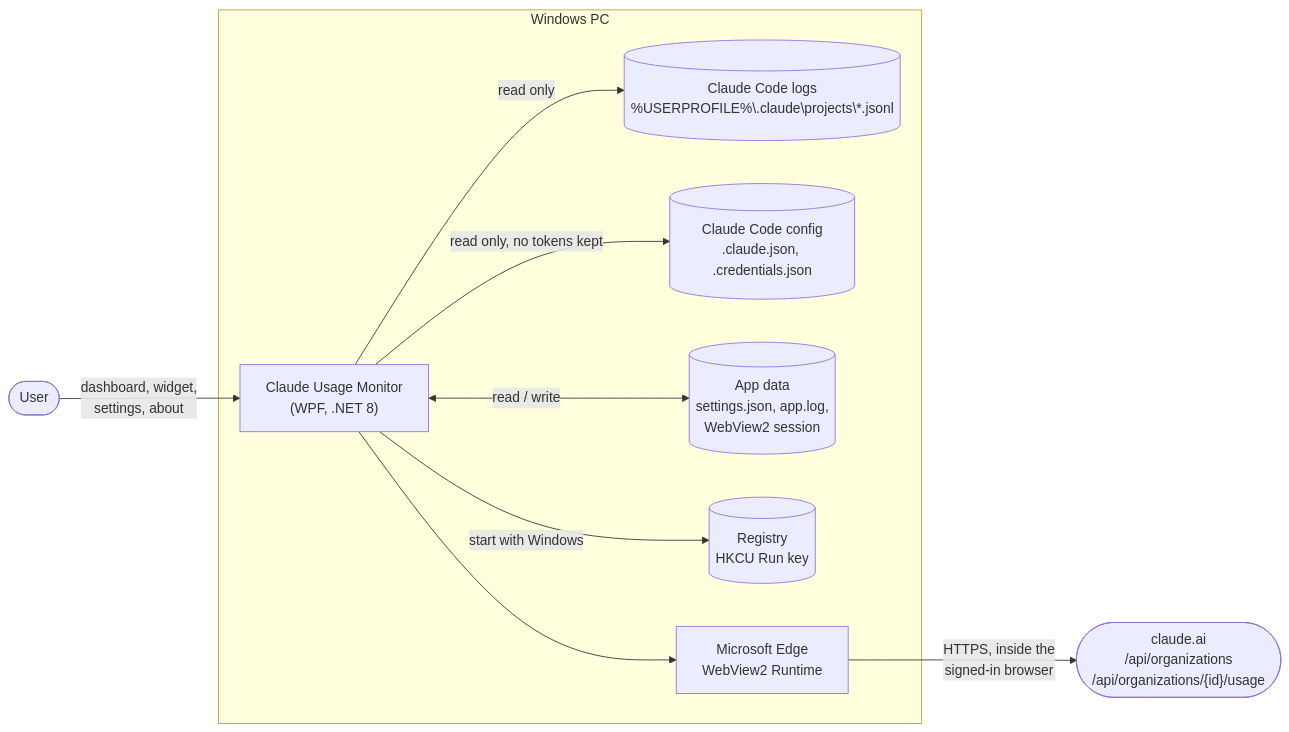
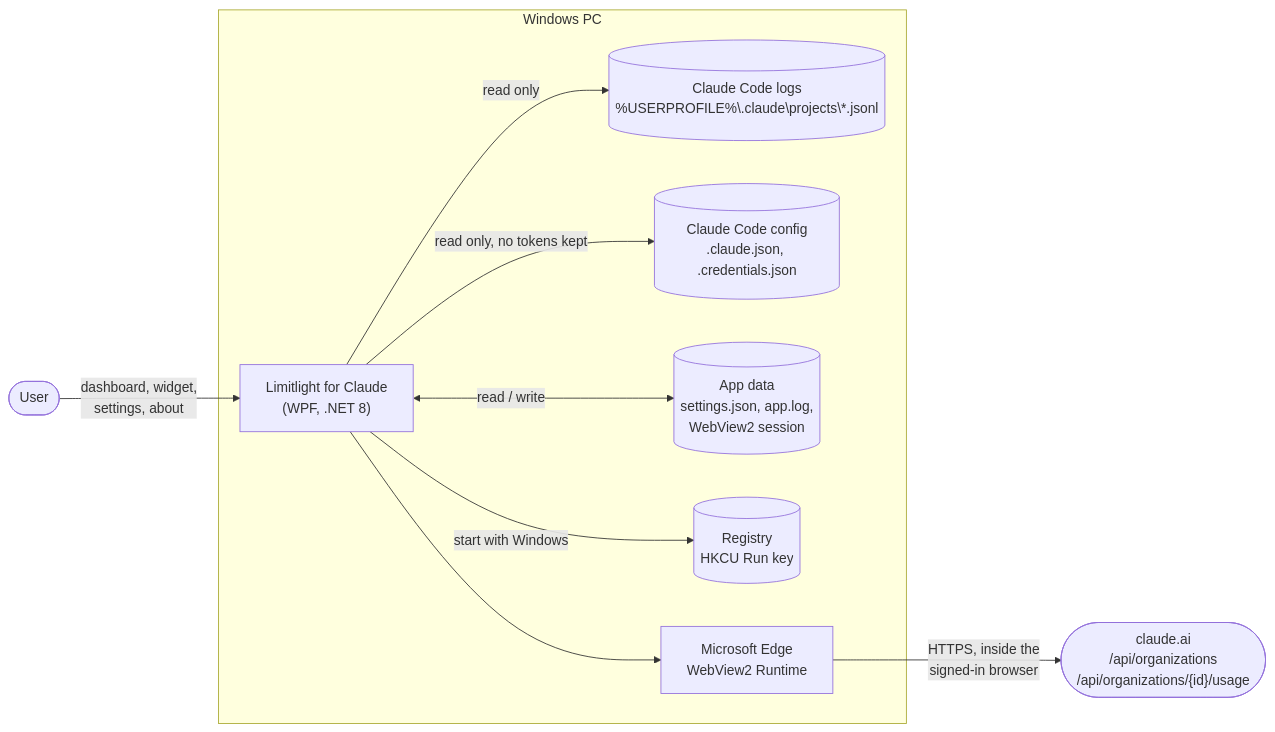
One commit to agoldust/Limitlight-for-Claude changed the first of 6 diagrams in docs/DIAGRAMS.md. Above: the diagram before and after it, drawn with Mermaid. The commit also changed 11 other files, not shown here.

First line of the commit message:
Rename to Limitlight for Claude; small widget and percent tray icon

````diff
--- a/docs/DIAGRAMS.md
+++ b/docs/DIAGRAMS.md
@@ -9,23 +9,23 @@
 ```mermaid
 flowchart LR
     user([User])
 
     subgraph pc["Windows PC"]
-        app["Claude Usage Monitor<br/>(WPF, .NET 8)"]
+        app["Limitlight for Claude<br/>(WPF, .NET 8)"]
         logs[("Claude Code logs<br/>%USERPROFILE%\.claude\projects\*.jsonl")]
         cfg[("Claude Code config<br/>.claude.json, .credentials.json")]
         store[("App data<br/>settings.json, app.log,<br/>WebView2 session")]
         run[("Registry<br/>HKCU Run key")]
         wv2["Microsoft Edge<br/>WebView2 Runtime"]
     end
 
     claude(["claude.ai<br/>/api/organizations<br/>/api/organizations/{id}/usage"])
 
     user -->|"dashboard, widget,<br/>settings, about"| app
     app -->|"read only"| logs
     app -->|"read only, no tokens kept"| cfg
     app <-->|"read / write"| store
     app -->|"start with Windows"| run
     app --> wv2
     wv2 -->|"HTTPS, inside the<br/>signed-in browser"| claude
 ```
````
